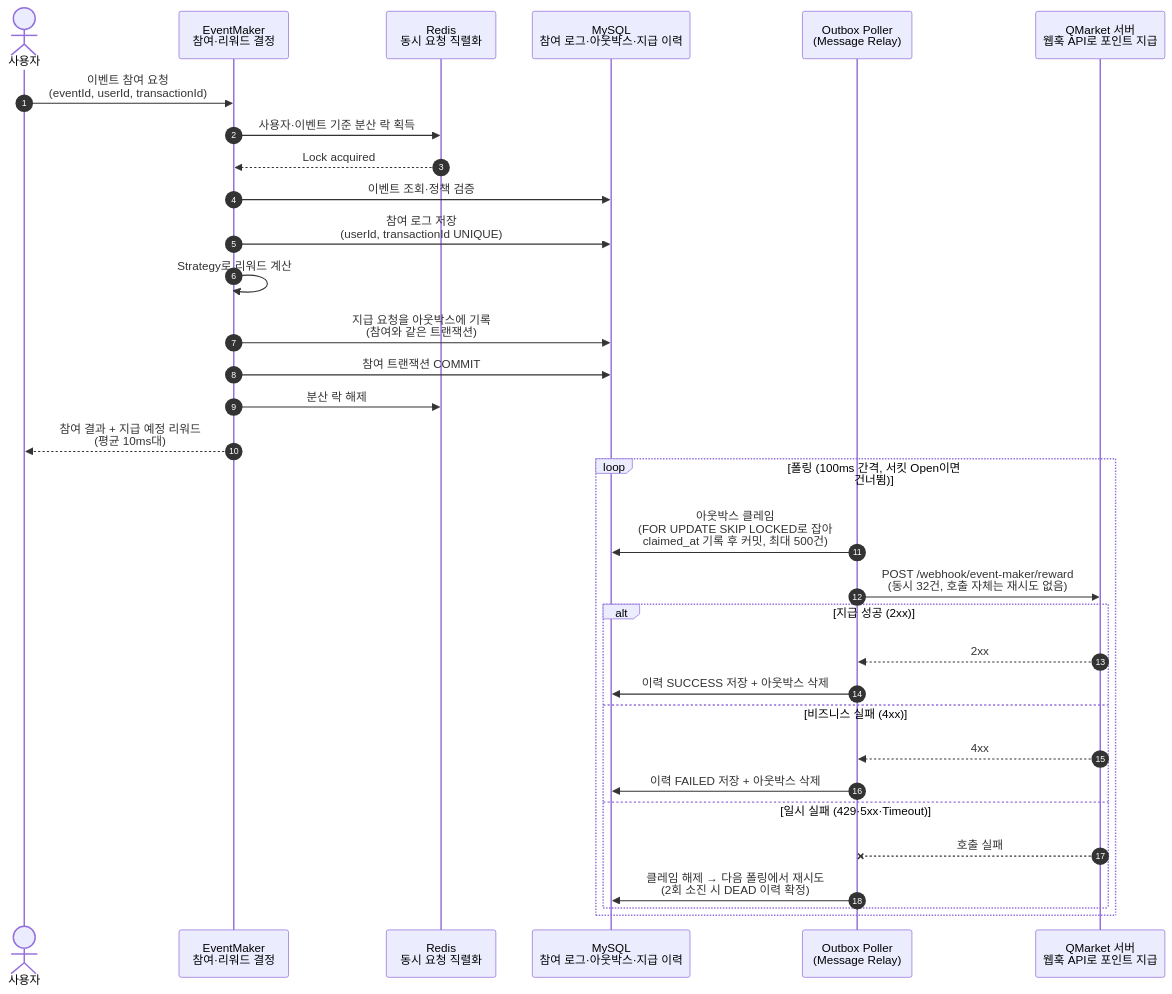
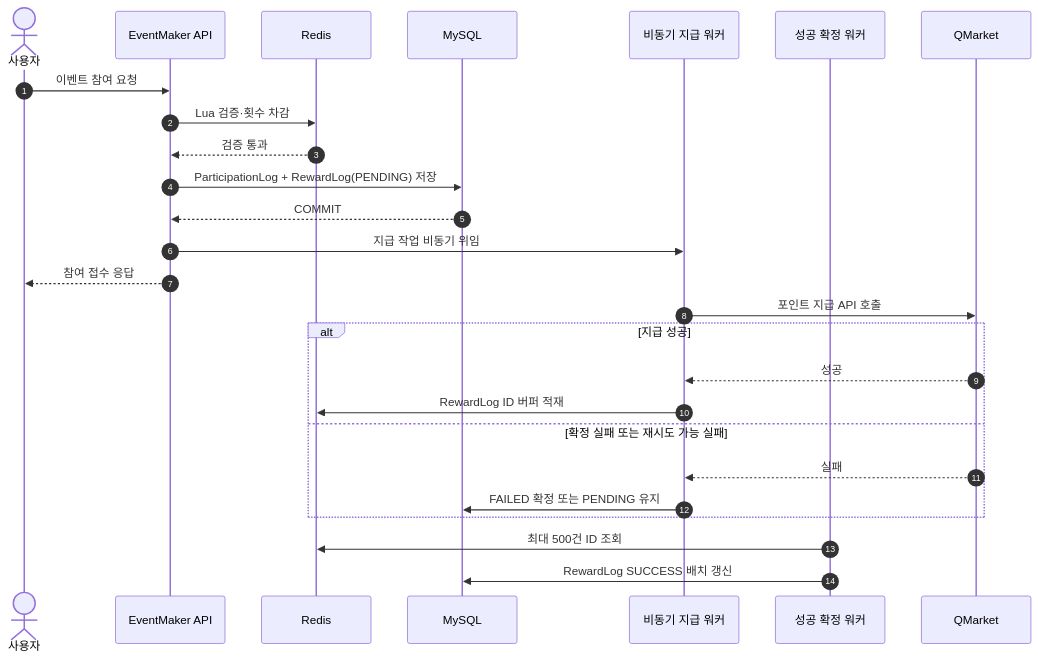
Before and after one commit to maruhxn/portfolio: the second of 4 diagrams in content/projects/eventmaker.md, drawn with Mermaid. The commit also changed other lines of this file and 11 other files, not shown here.

````diff
--- a/content/projects/eventmaker.md
+++ b/content/projects/eventmaker.md
@@ -7,36 +35,31 @@
 ```mermaid
 sequenceDiagram
     autonumber
     actor User as 사용자
-    participant API as EventMaker<br/>참여·리워드 결정
-    participant Lock as Redis<br/>동시 요청 직렬화
-    participant DB as MySQL<br/>참여 로그·아웃박스·지급 이력
-    participant Relay as Outbox Poller<br/>(Message Relay)
-    participant QMarket as QMarket 서버<br/>웹훅 API로 포인트 지급
+    participant API as EventMaker API
+    participant Redis as Redis
+    participant DB as MySQL
+    participant AsyncWorker as 비동기 지급 워커
+    participant Flusher as 성공 확정 워커
+    participant QMarket as QMarket
 
-    User->>API: 이벤트 참여 요청<br/>(eventId, userId, transactionId)
-    API->>Lock: 사용자·이벤트 기준 분산 락 획득
-    Lock-->>API: Lock acquired
-    API->>DB: 이벤트 조회·정책 검증
-    API->>DB: 참여 로그 저장<br/>(userId, transactionId UNIQUE)
-    API->>API: Strategy로 리워드 계산
-    API->>DB: 지급 요청을 아웃박스에 기록<br/>(참여와 같은 트랜잭션)
-    API->>DB: 참여 트랜잭션 COMMIT
-    API->>Lock: 분산 락 해제
-    API-->>User: 참여 결과 + 지급 예정 리워드<br/>(평균 10ms대)
+    User->>API: 이벤트 참여 요청
+    API->>Redis: Lua 검증·횟수 차감
+    Redis-->>API: 검증 통과
+    API->>DB: ParticipationLog + RewardLog(PENDING) 저장
+    DB-->>API: COMMIT
+    API->>AsyncWorker: 지급 작업 비동기 위임
+    API-->>User: 참여 접수 응답
 
-    loop 폴링 (100ms 간격, 서킷 Open이면 건너뜀)
-        Relay->>DB: 아웃박스 클레임<br/>(FOR UPDATE SKIP LOCKED로 잡아<br/>claimed_at 기록 후 커밋, 최대 500건)
-        Relay->>QMarket: POST /webhook/event-maker/reward<br/>(동시 32건, 호출 자체는 재시도 없음)
-        alt 지급 성공 (2xx)
-            QMarket-->>Relay: 2xx
-            Relay->>DB: 이력 SUCCESS 저장 + 아웃박스 삭제
-        else 비즈니스 실패 (4xx)
-            QMarket-->>Relay: 4xx
-            Relay->>DB: 이력 FAILED 저장 + 아웃박스 삭제
-        else 일시 실패 (429·5xx·Timeout)
-            QMarket--xRelay: 호출 실패
-            Relay->>DB: 클레임 해제 → 다음 폴링에서 재시도<br/>(2회 소진 시 DEAD 이력 확정)
-        end
+    AsyncWorker->>QMarket: 포인트 지급 API 호출
+    alt 지급 성공
+        QMarket-->>AsyncWorker: 성공
+        AsyncWorker->>Redis: RewardLog ID 버퍼 적재
+    else 확정 실패 또는 재시도 가능 실패
+        QMarket-->>AsyncWorker: 실패
+        AsyncWorker->>DB: FAILED 확정 또는 PENDING 유지
     end
+
+    Flusher->>Redis: 최대 500건 ID 조회
+    Flusher->>DB: RewardLog SUCCESS 배치 갱신
 ```
````
